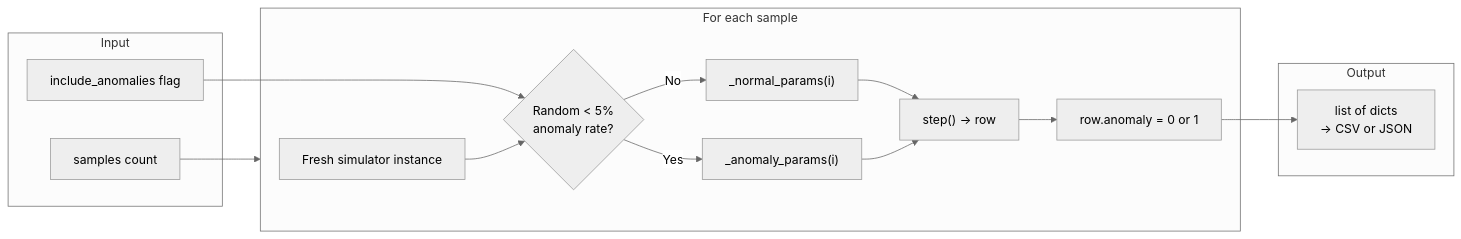
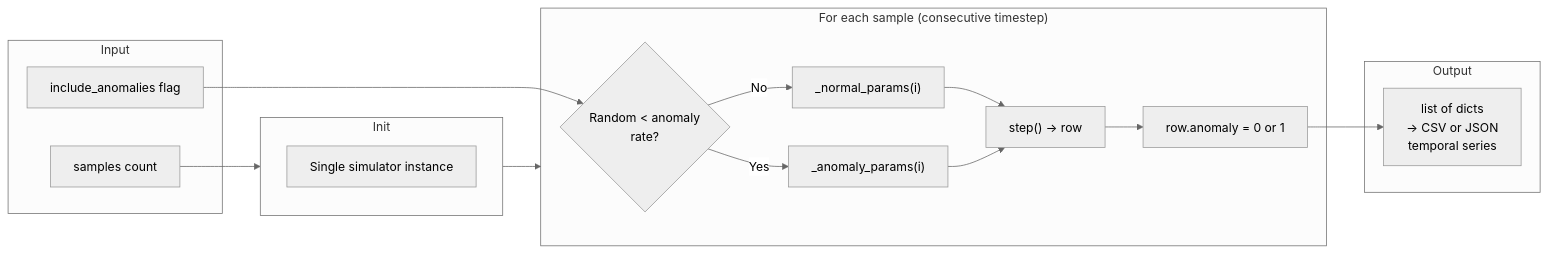
Before and after one commit to redhat-iesc/industrial-datagen: the second of 2 diagrams in docs/SIMULATORS.md, drawn with Mermaid (neutral theme). The commit also changed other lines of this file, not shown here.

Commit message:
docs: document temporal dataset generation behavior
Update SIMULATORS.md to clarify that generate_dataset() produces a
time series from a single simulator instance. Stateful accumulators
(totalProcessed, catalystDegradation, faultSeverity, batchProgress)
naturally accumulate across rows. Timestamps are sequential integers
starting at 0. Updated flowchart to reflect the single-instance
init pattern. Changed description from IID rows to temporal series.

````diff
--- a/docs/SIMULATORS.md
+++ b/docs/SIMULATORS.md
@@ -346,27 +348,30 @@
 ```mermaid
 flowchart LR
     subgraph Input
         N[samples count]
         A[include_anomalies flag]
     end
 
-    subgraph Loop["For each sample"]
-        Fresh["Fresh simulator instance"]
-        Check{"Random < 5%<br/>anomaly rate?"}
+    subgraph Init
+        Single["Single simulator instance"]
+    end
+
+    subgraph Loop["For each sample (consecutive timestep)"]
+        Check{"Random < anomaly<br/>rate?"}
         Normal["_normal_params(i)"]
         Anomaly["_anomaly_params(i)"]
         Step["step() → row"]
         Tag["row.anomaly = 0 or 1"]
     end
 
     subgraph Output
-        Dataset["list of dicts<br/>→ CSV or JSON"]
+        Dataset["list of dicts<br/>→ CSV or JSON<br/>temporal series"]
     end
 
-    N --> Loop
+    N --> Init
     A --> Check
-    Fresh --> Check
+    Init --> Loop
     Check -- "No" --> Normal --> Step
     Check -- "Yes" --> Anomaly --> Step
     Step --> Tag --> Dataset
 ```
````
